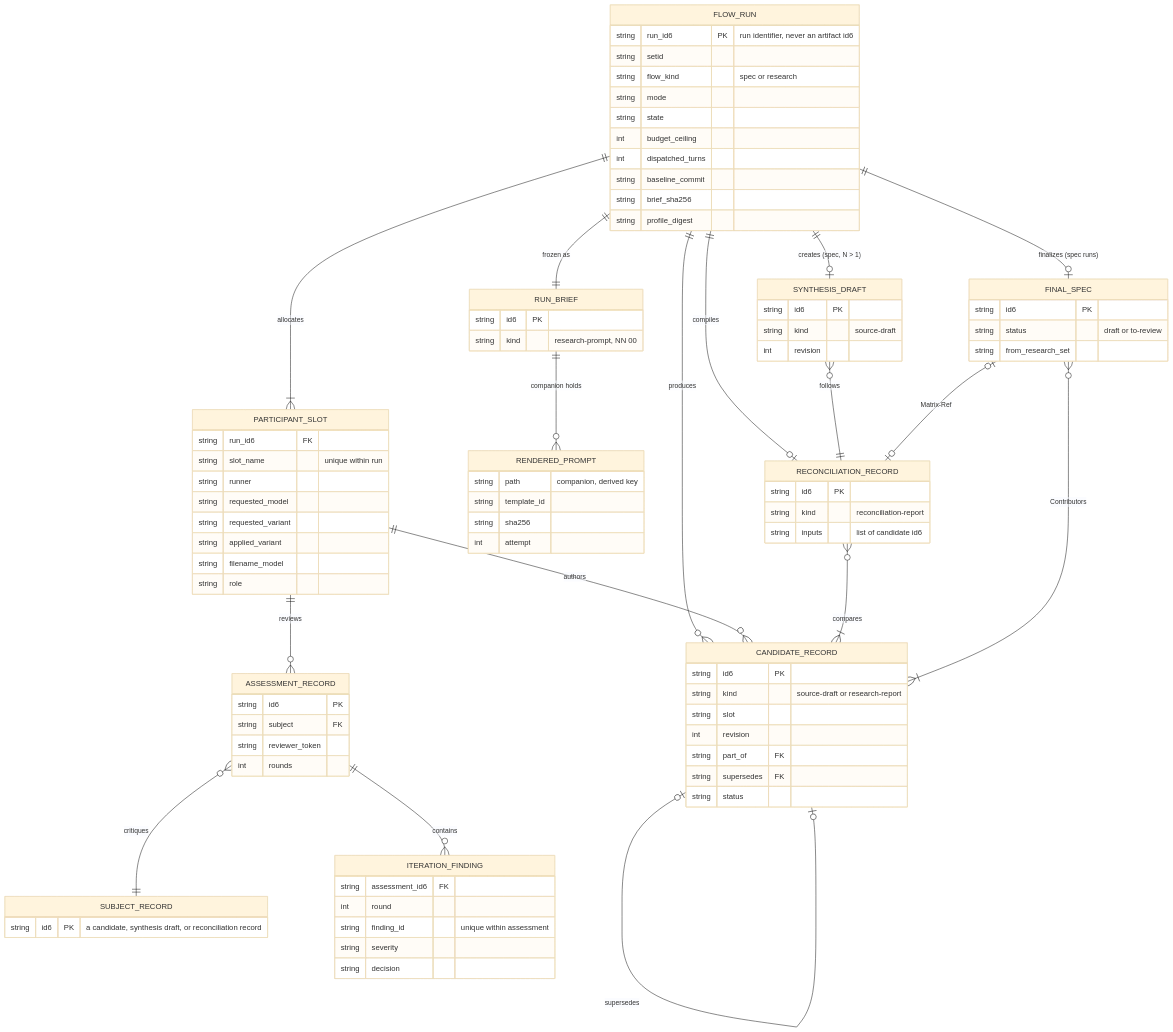
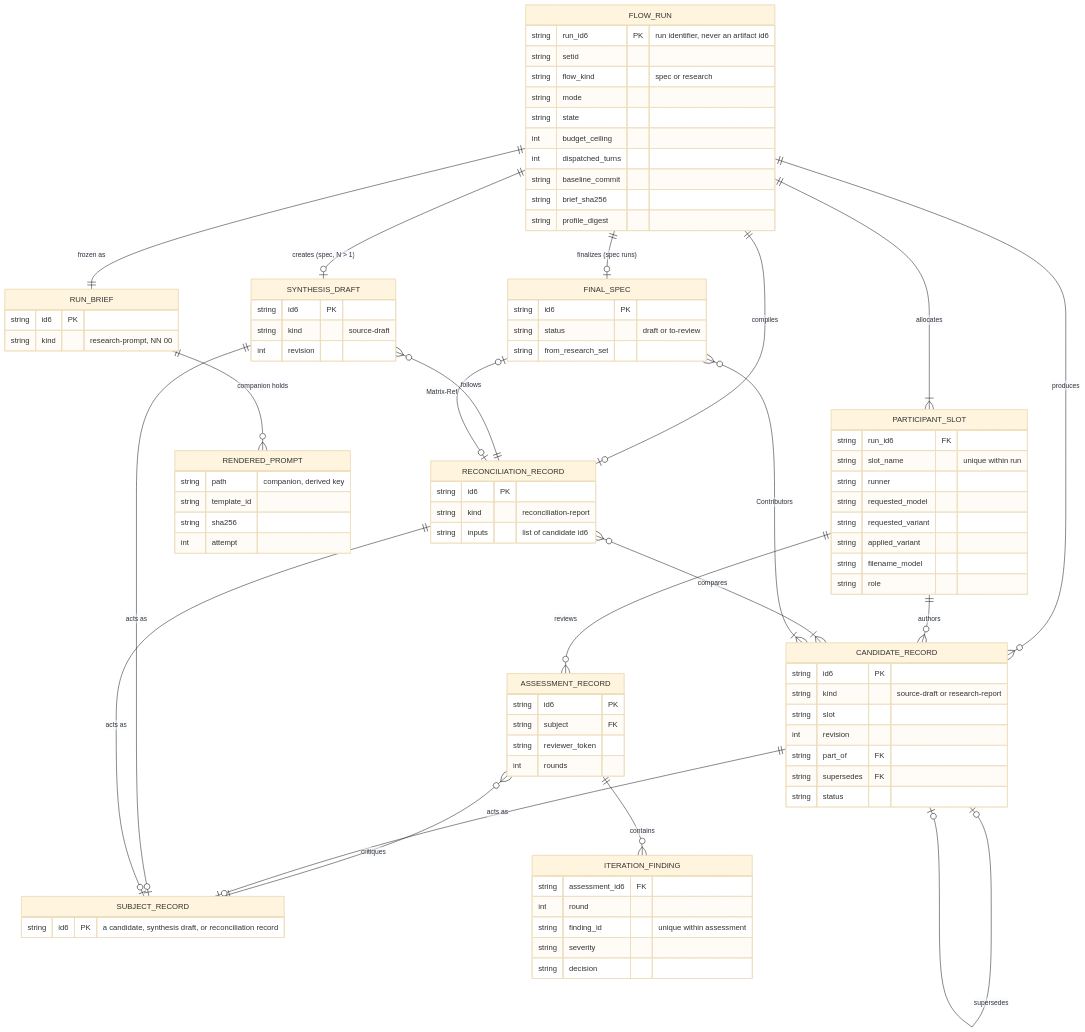
One commit to fariello/agent-workflows changed the first of 4 diagrams in .aw/records/specs/draft/20261024-specflow-01-18hh1u-spec-research-synthesis.spec.md. Above: the diagram before and after it, drawn with Mermaid (base theme). The commit also changed other lines of this file and 1 other file, not shown here.

First line of the commit message:
spec(specflow): adversarial refinement iteration 23 for spec 18hh1u (record kwsffr)

```diff
--- a/.aw/records/specs/draft/20261024-specflow-01-18hh1u-spec-research-synthesis.spec.md
+++ b/.aw/records/specs/draft/20261024-specflow-01-18hh1u-spec-research-synthesis.spec.md
@@ -499,6 +500,9 @@
     PARTICIPANT_SLOT ||--o{ CANDIDATE_RECORD : authors
     PARTICIPANT_SLOT ||--o{ ASSESSMENT_RECORD : reviews
     ASSESSMENT_RECORD }o--|| SUBJECT_RECORD : critiques
+    CANDIDATE_RECORD ||--o| SUBJECT_RECORD : "acts as"
+    SYNTHESIS_DRAFT ||--o| SUBJECT_RECORD : "acts as"
+    RECONCILIATION_RECORD ||--o| SUBJECT_RECORD : "acts as"
     ASSESSMENT_RECORD ||--o{ ITERATION_FINDING : contains
     FLOW_RUN ||--o| RECONCILIATION_RECORD : compiles
     RECONCILIATION_RECORD }o--|{ CANDIDATE_RECORD : compares
```
